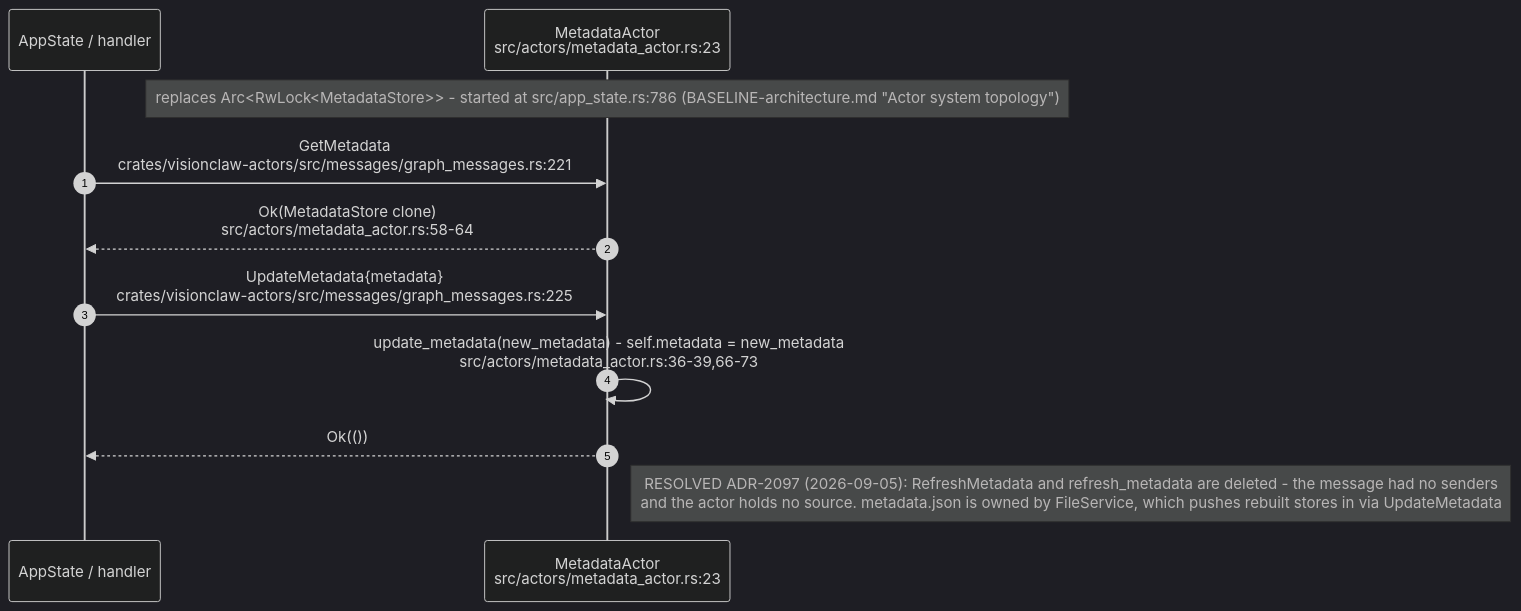
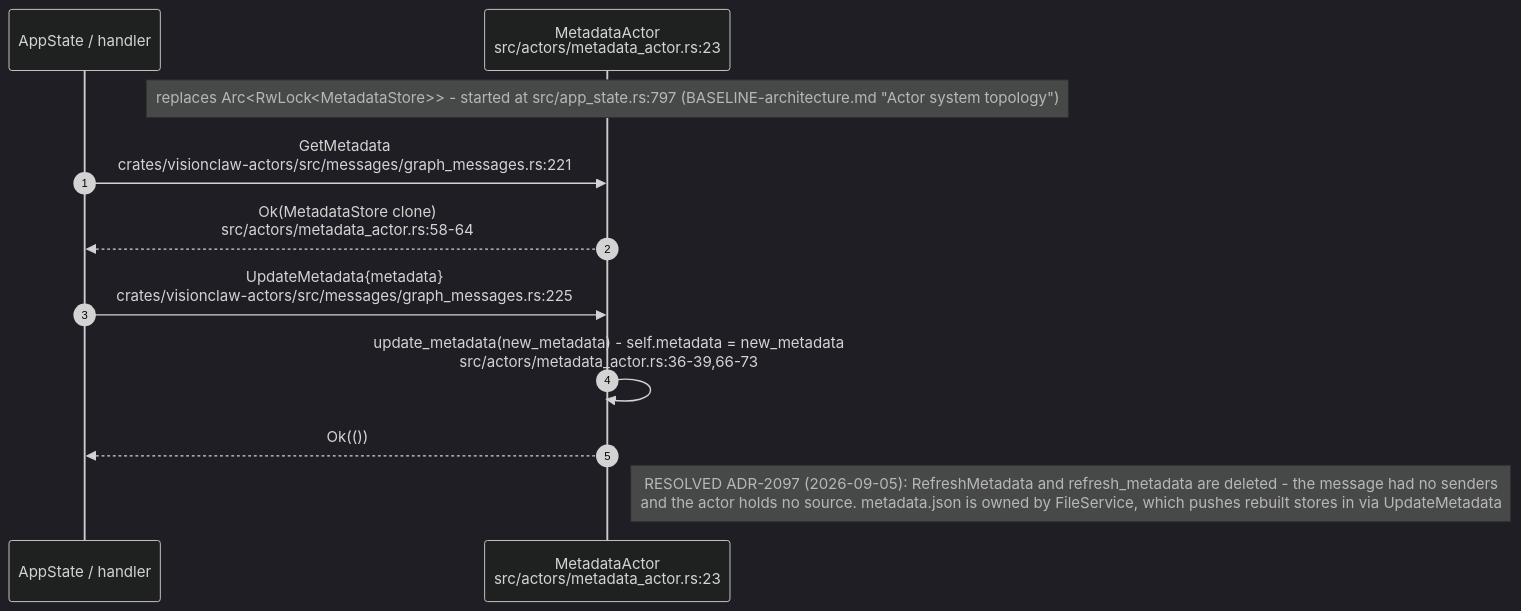
One commit to DreamLab-AI/VisionFlow changed the tenth of 12 diagrams in docs/diagrams/visionclaw/25-insight-kpi-nlq-semantics.md. Above: the diagram before and after it, drawn with Mermaid (dark theme). The commit also changed other lines of this file and 81 other files, not shown here.

First line of the commit message:
docs(diagrams): roll VisionClaw topics to main 010e1109b (PR 37 and 38 merged); fix remaining prose citations

````diff
--- a/docs/diagrams/visionclaw/25-insight-kpi-nlq-semantics.md
+++ b/docs/diagrams/visionclaw/25-insight-kpi-nlq-semantics.md
@@ -437,14 +437,14 @@
 ```mermaid
 sequenceDiagram
     autonumber
     participant Caller as AppState / handler
     participant MA as MetadataActor<br/>src/actors/metadata_actor.rs:23
 
-    Note over MA: replaces Arc<RwLock<MetadataStore>> - started at src/app_state.rs:786 (BASELINE-architecture.md "Actor system topology")
+    Note over MA: replaces Arc<RwLock<MetadataStore>> - started at src/app_state.rs:797 (BASELINE-architecture.md "Actor system topology")
     Caller->>MA: GetMetadata<br/>crates/visionclaw-actors/src/messages/graph_messages.rs:221
     MA-->>Caller: Ok(MetadataStore clone)<br/>src/actors/metadata_actor.rs:58-64
     Caller->>MA: UpdateMetadata{metadata}<br/>crates/visionclaw-actors/src/messages/graph_messages.rs:225
     MA->>MA: update_metadata(new_metadata) - self.metadata = new_metadata<br/>src/actors/metadata_actor.rs:36-39,66-73
     MA-->>Caller: Ok(())
     Note right of MA: RESOLVED ADR-2097 (2026-09-05): RefreshMetadata and refresh_metadata are deleted - the message had no senders<br/>and the actor holds no source. metadata.json is owned by FileService, which pushes rebuilt stores in via UpdateMetadata
 ```
````
